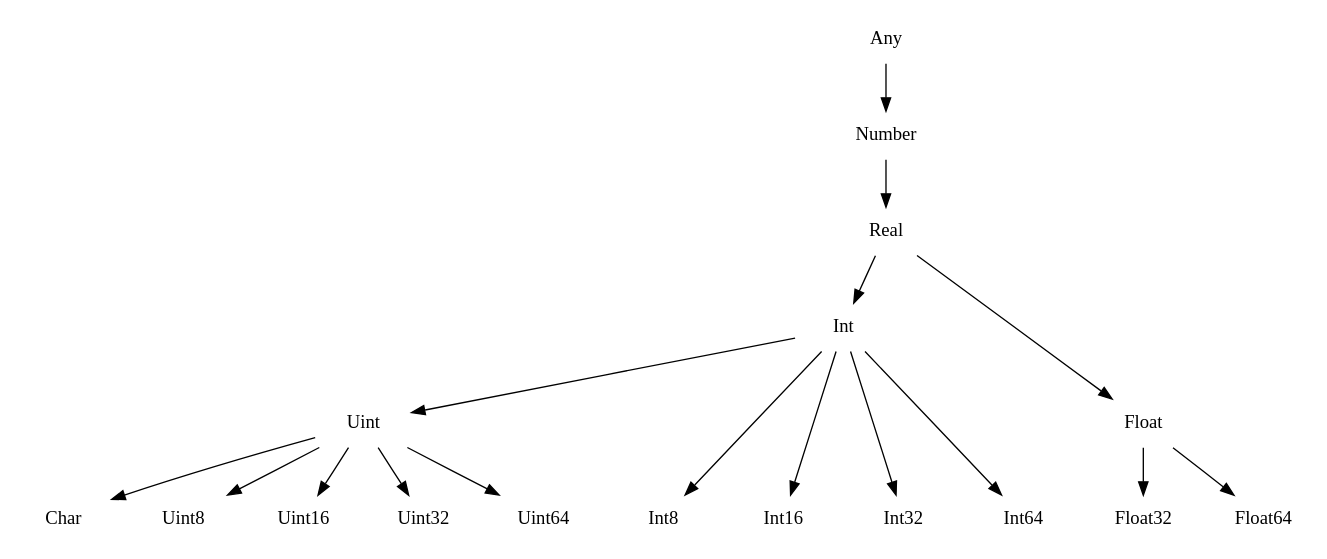
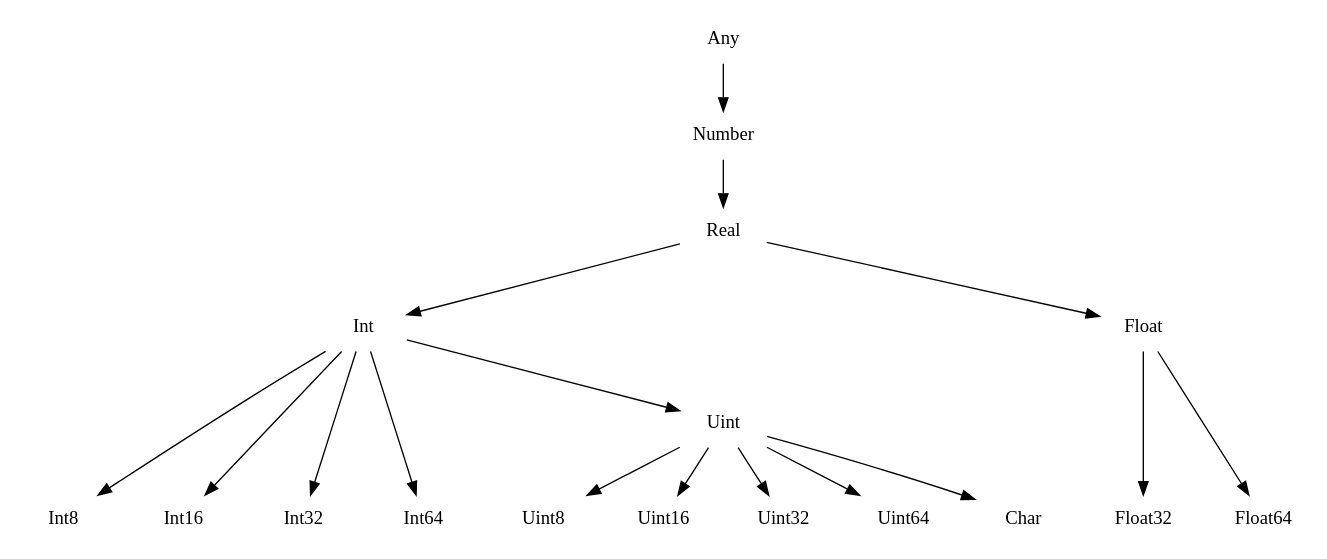
The diagram in doc/ints_and_floats.dot (JuliaLang/julia), drawn with Graphviz before and after one commit. The commit also changed 3 other files, not shown here.

Commit message:
Further changes to Ints and Floats diagram.

```diff
--- a/doc/ints_and_floats.dot
+++ b/doc/ints_and_floats.dot
@@ -1,39 +1,48 @@
-digraph Types {
-  node [shape=none,width=1]
+digraph IntsFloats {
+  ordering = out;
+  node [shape=none,width=0.9]
+
+  subgraph IntFloat {
+    rank = same;
+    Int
+    Float
+  }
+
+  subgraph Concrete {
+    rank = same;
+    node [width=1]
+
+    Int8
+    Int16
+    Int32
+    Int64
+
+    Uint8
+    Uint16
+    Uint32
+    Uint64
+    Char
+
+    Float32
+    Float64
+  }
 
   Any -> Number -> Real
-  Real -> Int -> Uint
+  Real -> Int
   Real -> Float
 
   Int -> Int8
   Int -> Int16
   Int -> Int32
   Int -> Int64
+  Int -> Uint
 
-  Uint -> Char
   Uint -> Uint8
   Uint -> Uint16
   Uint -> Uint32
   Uint -> Uint64
+  Uint -> Char
 
   Float -> Float32
   Float -> Float64
-
-  subgraph Concrete {
-    rank = same;
-
-    Int8
-    Int16
-    Int32
-    Int64
-
-    Char
-    Uint8
-    Uint16
-    Uint32
-    Uint64
-
-    Float32
-    Float64
-  }
 }
```
